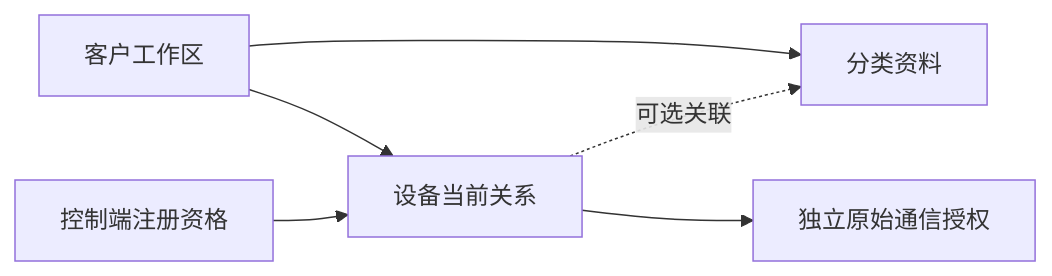
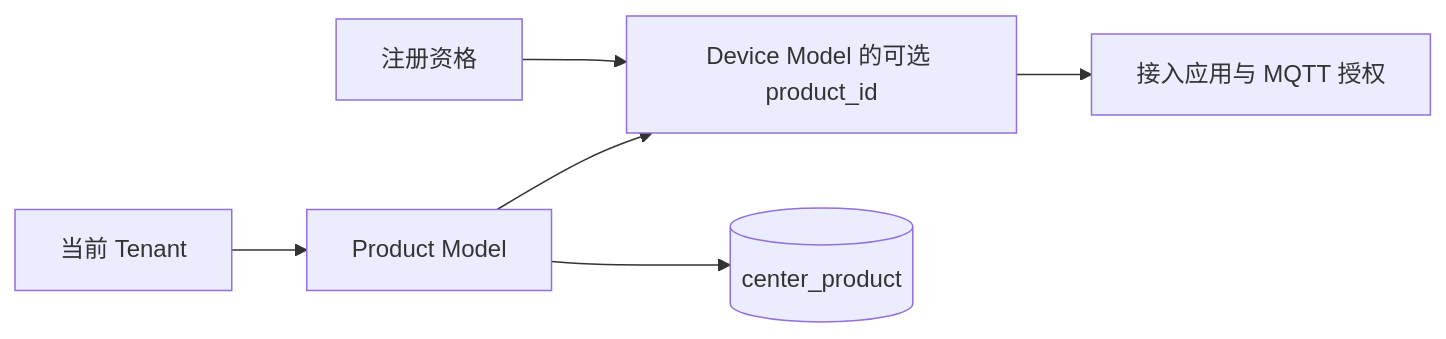
Before and after one commit to zoujingli/typeapp: the diagram in docs/development/iot-products.md, drawn with Mermaid. The commit also changed other lines of this file and 12 other files, not shown here.

````diff
--- a/docs/development/iot-products.md
+++ b/docs/development/iot-products.md
@@ -19,8 +19,8 @@
 ```mermaid
 flowchart LR
-  Tenant[客户工作区] --> Product[分类资料]
-  Tenant --> Device[设备当前关系]
-  Device -.可选关联.-> Product
-  Enrollment[控制端注册资格] --> Device
-  Device --> Communication[独立原始通信授权]
+    Tenant[当前 Tenant] --> Product[Product Model]
+    Product --> Device[Device Model 的可选 product_id]
+    Product --> Store[(center_product)]
+    Enrollment[注册资格] --> Device
+    Device --> Access[接入应用与 MQTT 授权]
 ```
````
